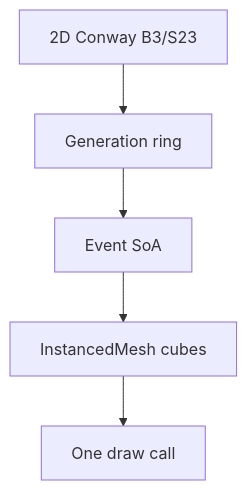
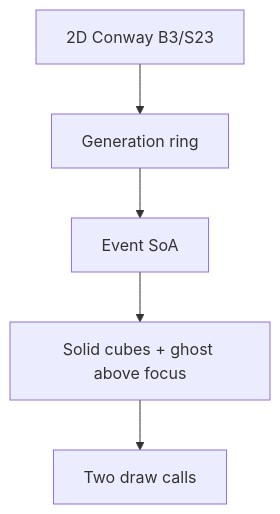
One commit to PiMaV/DONNER changed the second of 4 diagrams in architecture.md. Above: the diagram before and after it, drawn with Mermaid. The commit also changed other lines of this file and 17 other files, not shown here.

````diff
--- a/architecture.md
+++ b/architecture.md
@@ -18,7 +20,7 @@
 ```mermaid
 flowchart TB
   sim[2D Conway B3/S23] --> hist[Generation ring]
   hist --> soa[Event SoA]
-  soa --> cubes[InstancedMesh cubes]
-  cubes --> gpu[One draw call]
+  soa --> cubes[Solid cubes + ghost above focus]
+  cubes --> gpu[Two draw calls]
 ```
````
